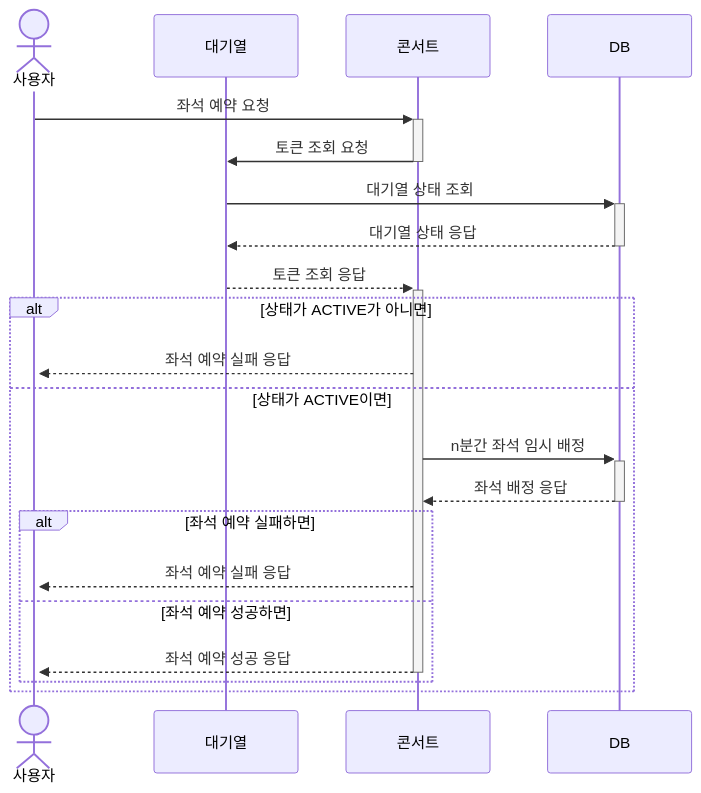
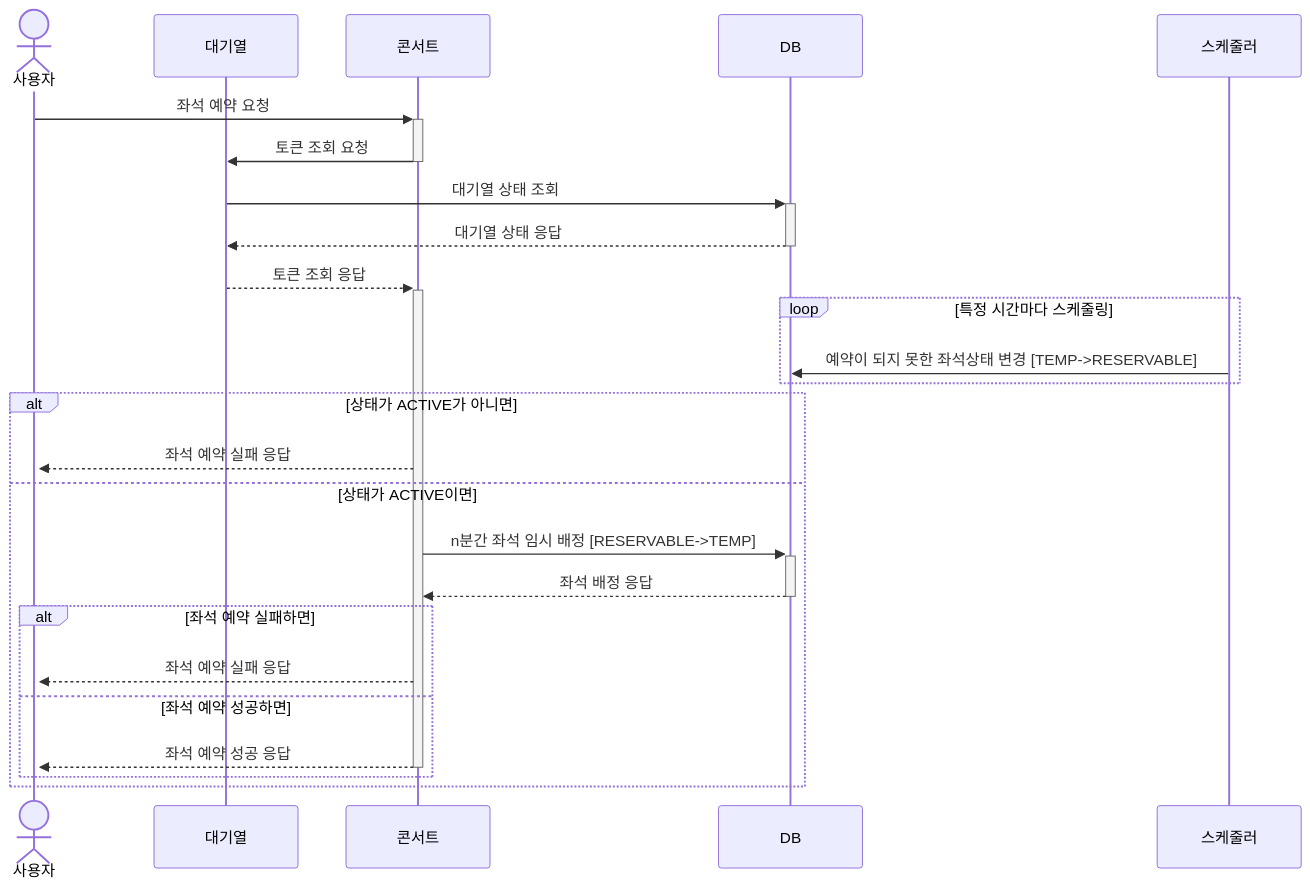
Before and after one commit to BattleLoyal/ConcertService: the fourth of 7 diagrams in step5.md, drawn with Mermaid. The commit also changed other lines of this file, not shown here.

First line of the commit message:
피드백 이후 시퀀스 다이어그램 업데이트

````diff
--- a/step5.md
+++ b/step5.md
@@ -82,24 +90,28 @@
 ```mermaid
 sequenceDiagram
   actor 사용자
   participant 대기열
   participant 콘서트
   participant DB
+  participant 스케줄러
 
   사용자 ->>+ 콘서트: 좌석 예약 요청
   콘서트 ->>- 대기열: 토큰 조회 요청
   대기열 ->>+ DB: 대기열 상태 조회
   DB -->>- 대기열: 대기열 상태 응답
   대기열 -->>+ 콘서트: 토큰 조회 응답
+  loop 특정 시간마다 스케줄링
+    스케줄러 ->> DB: 예약이 되지 못한 좌석상태 변경 [TEMP->RESERVABLE]
+	end
   alt 상태가 ACTIVE가 아니면
       콘서트 -->>+ 사용자: 좌석 예약 실패 응답
   else 상태가 ACTIVE이면
-  	  콘서트 ->>+ DB: n분간 좌석 임시 배정
+  	  콘서트 ->>+ DB: n분간 좌석 임시 배정 [RESERVABLE->TEMP]
       DB -->>- 콘서트: 좌석 배정 응답
 	  alt 좌석 예약 실패하면
 	    콘서트 -->> 사용자: 좌석 예약 실패 응답
 	  else 좌석 예약 성공하면
       콘서트 -->>- 사용자: 좌석 예약 성공 응답
 	  end
   end
 ```
````
